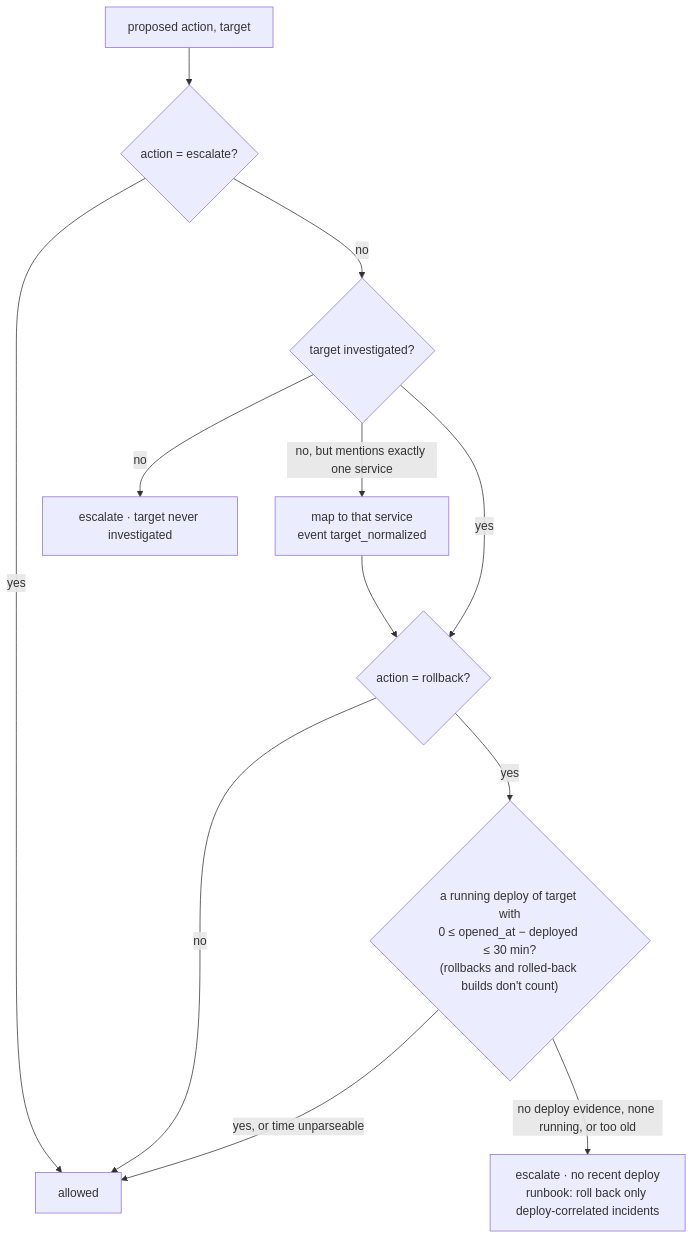
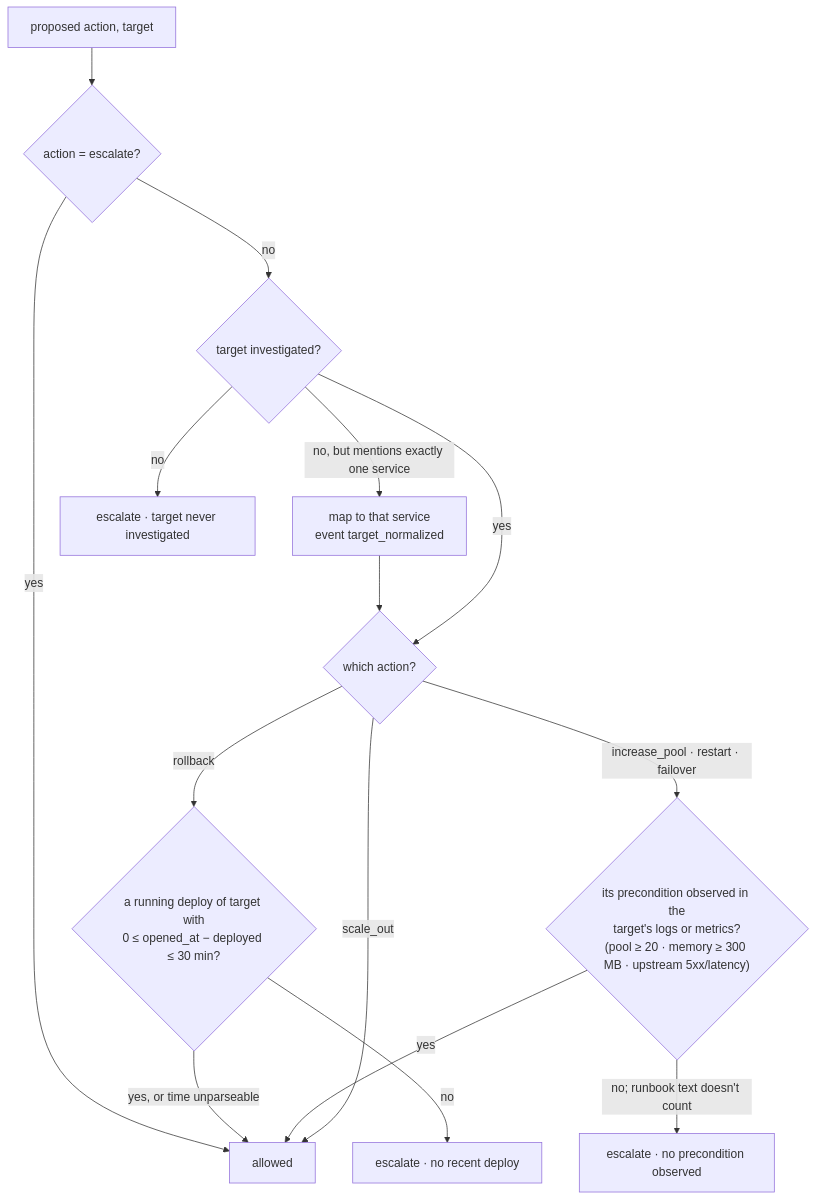
Before and after one commit to abdulmdev/sentinel-incident-copilot: the diagram in docs/handbook/diagrams/04-policy-decision.mmd, drawn with Mermaid. The commit also changed 15 other files, not shown here.

```diff
--- a/docs/handbook/diagrams/04-policy-decision.mmd
+++ b/docs/handbook/diagrams/04-policy-decision.mmd
@@ -1,11 +1,14 @@
 flowchart TB
   A[proposed action, target] --> E{action = escalate?}
   E -->|yes| PASS[allowed]
   E -->|no| T{target investigated?}
   T -->|no, but mentions exactly one service| MAP[map to that service<br/>event target_normalized] --> T2
   T -->|no| BLOCK1[escalate · target never investigated]
-  T -->|yes| T2{action = rollback?}
-  T2 -->|no| PASS
-  T2 -->|yes| D{"a running deploy of target with<br/>0 ≤ opened_at − deployed ≤ 30 min?<br/>(rollbacks and rolled-back builds don't count)"}
+  T -->|yes| T2{which action?}
+  T2 -->|rollback| D{"a running deploy of target with<br/>0 ≤ opened_at − deployed ≤ 30 min?"}
   D -->|yes, or time unparseable| PASS
-  D -->|no deploy evidence, none running, or too old| BLOCK2[escalate · no recent deploy<br/>runbook: roll back only deploy-correlated incidents]
+  D -->|no| BLOCK2[escalate · no recent deploy]
+  T2 -->|increase_pool · restart · failover| P{"its precondition observed in the<br/>target's logs or metrics?<br/>(pool ≥ 20 · memory ≥ 300 MB · upstream 5xx/latency)"}
+  P -->|yes| PASS
+  P -->|no; runbook text doesn't count| BLOCK3[escalate · no precondition observed]
+  T2 -->|scale_out| PASS
```
